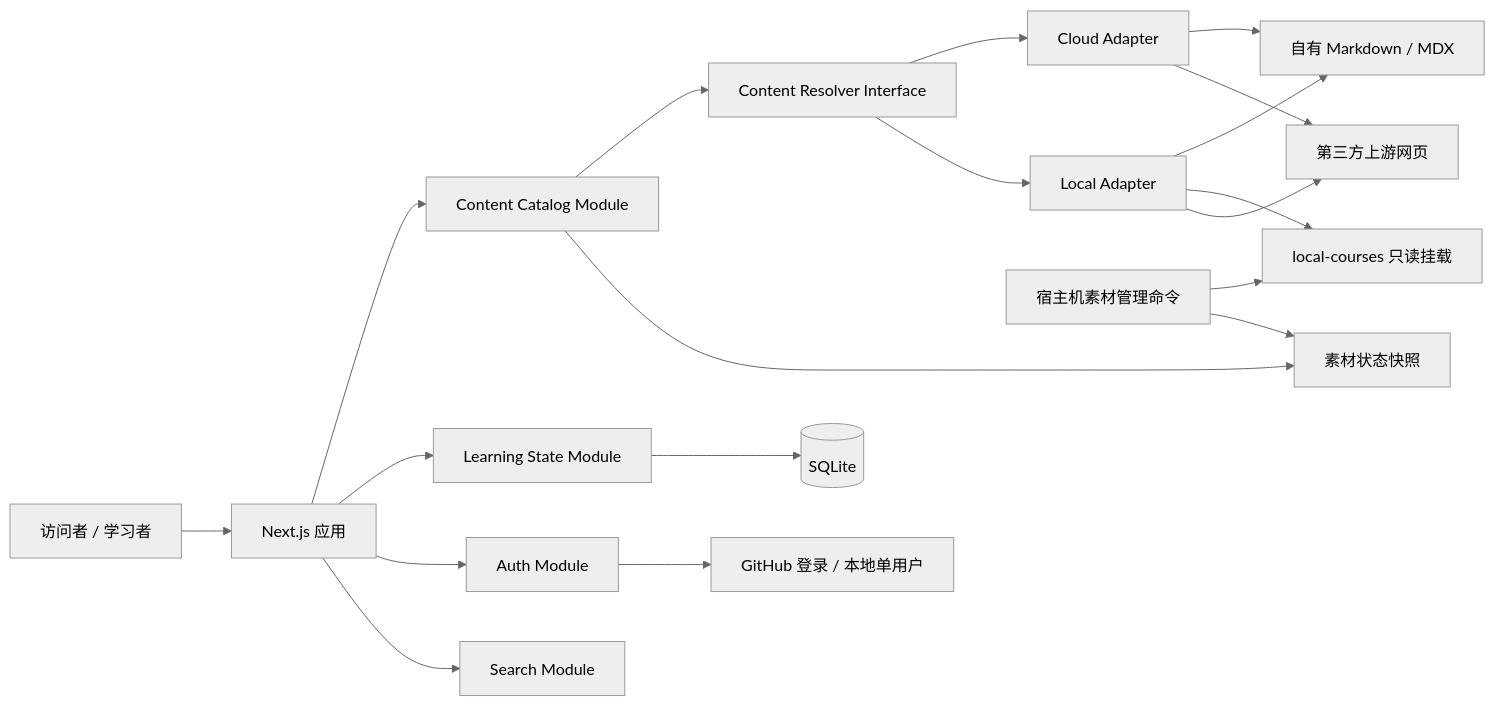
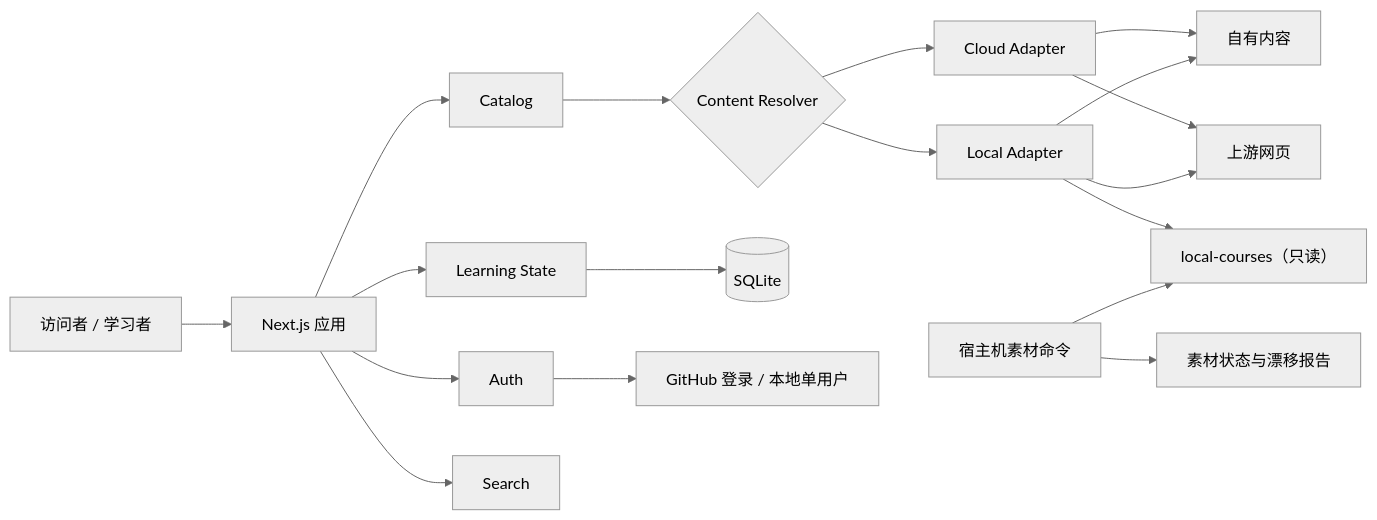
The diagram in docs/plans/plan.md (cr330326/Agent-Learning-Hub), drawn with Mermaid (neutral theme) before and after one commit. The commit also changed other lines of this file and 6 other files, not shown here.

````diff
--- a/docs/plans/plan.md
+++ b/docs/plans/plan.md
@@ -161,24 +73,20 @@
 ```mermaid
 flowchart LR
     U["访问者 / 学习者"] --> W["Next.js 应用"]
-    W --> C["Content Catalog Module"]
-    W --> S["Learning State Module"]
-    W --> A["Auth Module"]
-    W --> Q["Search Module"]
-
-    C --> R["Content Resolver Interface"]
+    W --> C["Catalog"]
+    W --> S["Learning State"]
+    W --> A["Auth"]
+    W --> Q["Search"]
+    C --> R{"Content Resolver"}
     R --> CA["Cloud Adapter"]
     R --> LA["Local Adapter"]
-
-    CA --> M["自有 Markdown / MDX"]
-    CA --> E["第三方上游网页"]
+    CA --> M["自有内容"]
+    CA --> E["上游网页"]
     LA --> M
-    LA --> L["local-courses 只读挂载"]
+    LA --> L["local-courses（只读）"]
     LA --> E
-
     S --> DB[("SQLite")]
     A --> GA["GitHub 登录 / 本地单用户"]
-    H["宿主机素材管理命令"] --> L
-    H --> F["素材状态快照"]
-    C --> F
+    H["宿主机素材命令"] --> L
+    H --> F["素材状态与漂移报告"]
 ```
````
